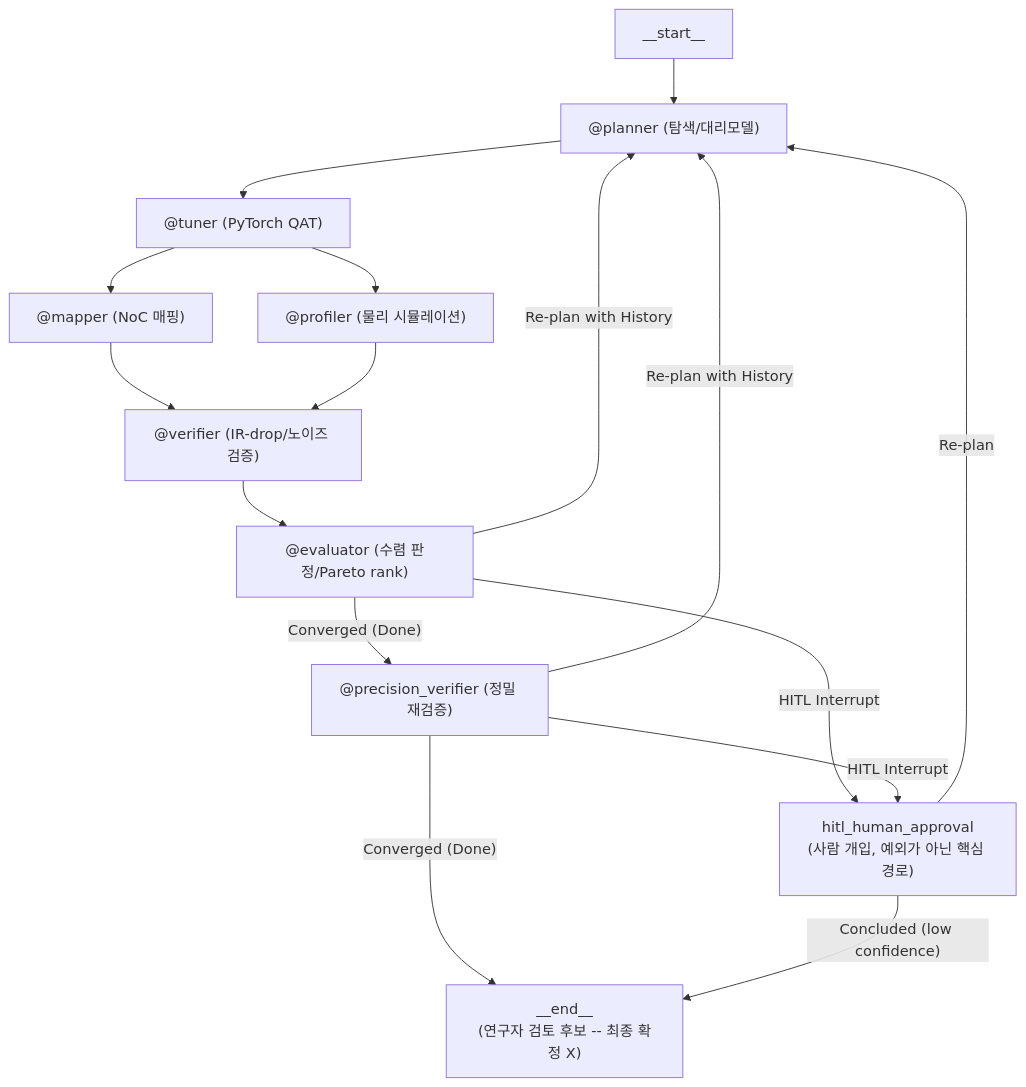
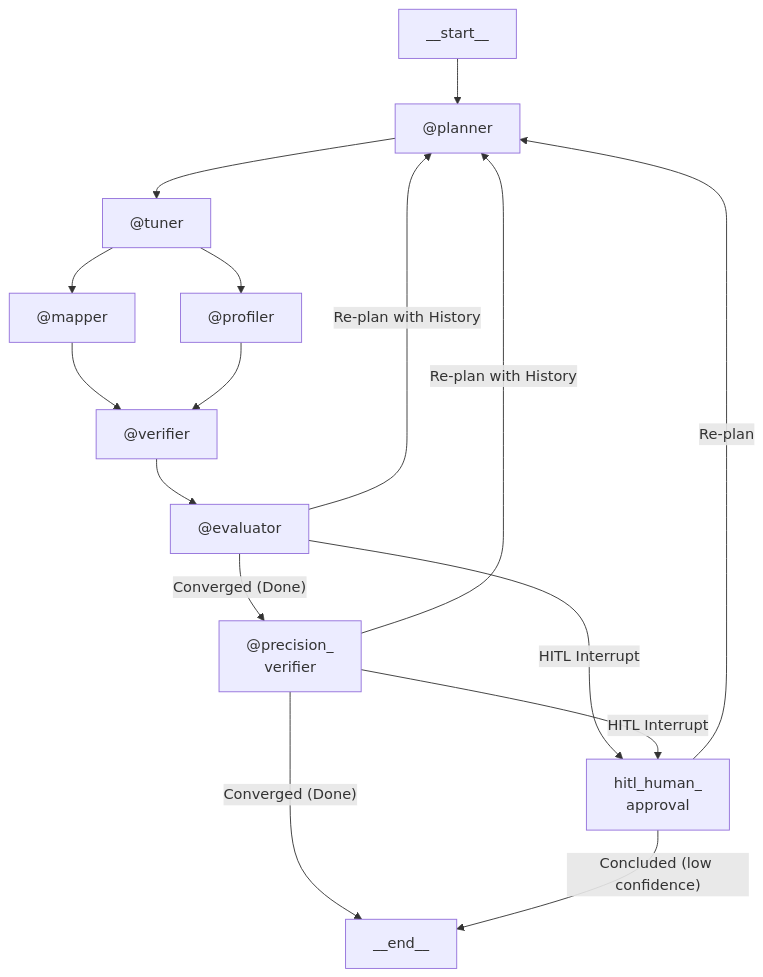
One commit to ong-labs/tessellate changed the diagram in README.md. Above: the diagram before and after it, drawn with Mermaid. The commit also changed other lines of this file, not shown here.

Commit message:
fix: shorten mermaid labels clipped by GitHub renderer

````diff
--- a/README.md
+++ b/README.md
@@ -15,24 +15,24 @@
 ```mermaid
 graph TD
-    START[__start__] --> planner["@planner (탐색/대리모델)"]
-    planner --> tuner["@tuner (PyTorch QAT)"]
+    START[__start__] --> planner["@planner"]
+    planner --> tuner["@tuner"]
 
-    tuner --> mapper["@mapper (NoC 매핑)"]
-    tuner --> profiler["@profiler (물리 시뮬레이션)"]
+    tuner --> mapper["@mapper"]
+    tuner --> profiler["@profiler"]
 
-    mapper --> verifier["@verifier (IR-drop/노이즈 검증)"]
+    mapper --> verifier["@verifier"]
     profiler --> verifier
 
-    verifier --> evaluator["@evaluator (수렴 판정/Pareto rank)"]
+    verifier --> evaluator["@evaluator"]
 
     evaluator -- "Re-plan with History" --> planner
-    evaluator -- "HITL Interrupt" --> hitl["hitl_human_approval<br/>(사람 개입, 예외가 아닌 핵심 경로)"]
-    evaluator -- "Converged (Done)" --> precision["@precision_verifier (정밀 재검증)"]
+    evaluator -- "HITL Interrupt" --> hitl["hitl_human_<br/>approval"]
+    evaluator -- "Converged (Done)" --> precision["@precision_<br/>verifier"]
 
     precision -- "Re-plan with History" --> planner
     precision -- "HITL Interrupt" --> hitl
-    precision -- "Converged (Done)" --> END["__end__<br/>(연구자 검토 후보 -- 최종 확정 X)"]
+    precision -- "Converged (Done)" --> END["__end__"]
 
     hitl -- "Re-plan" --> planner
     hitl -- "Concluded (low confidence)" --> END
 ```
````
